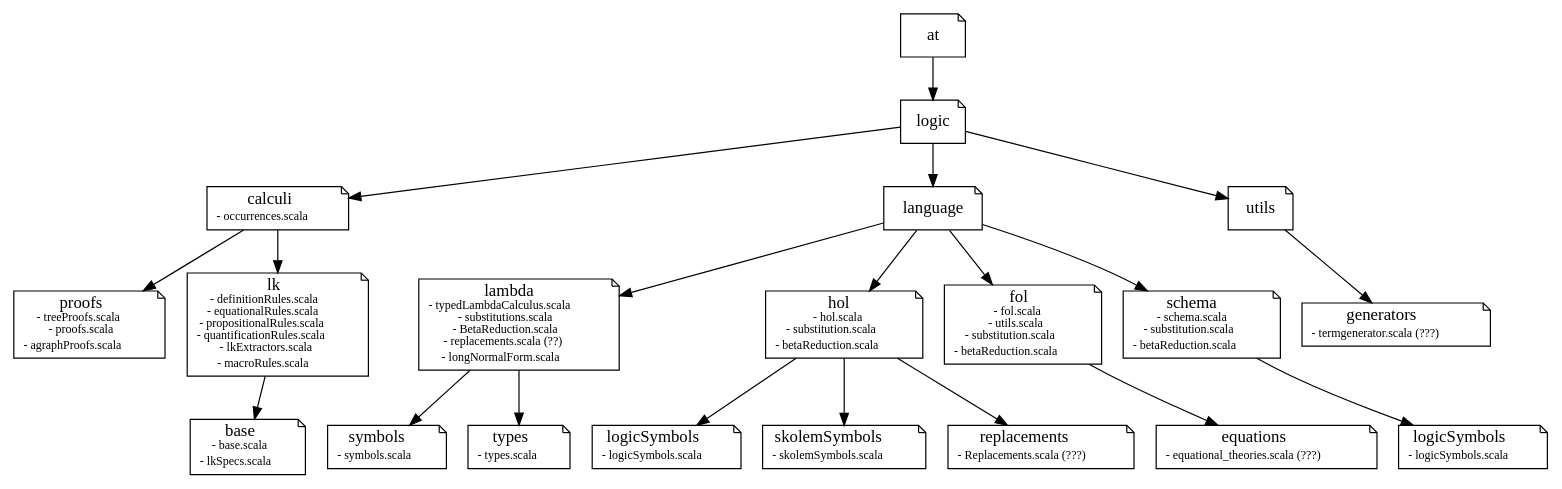
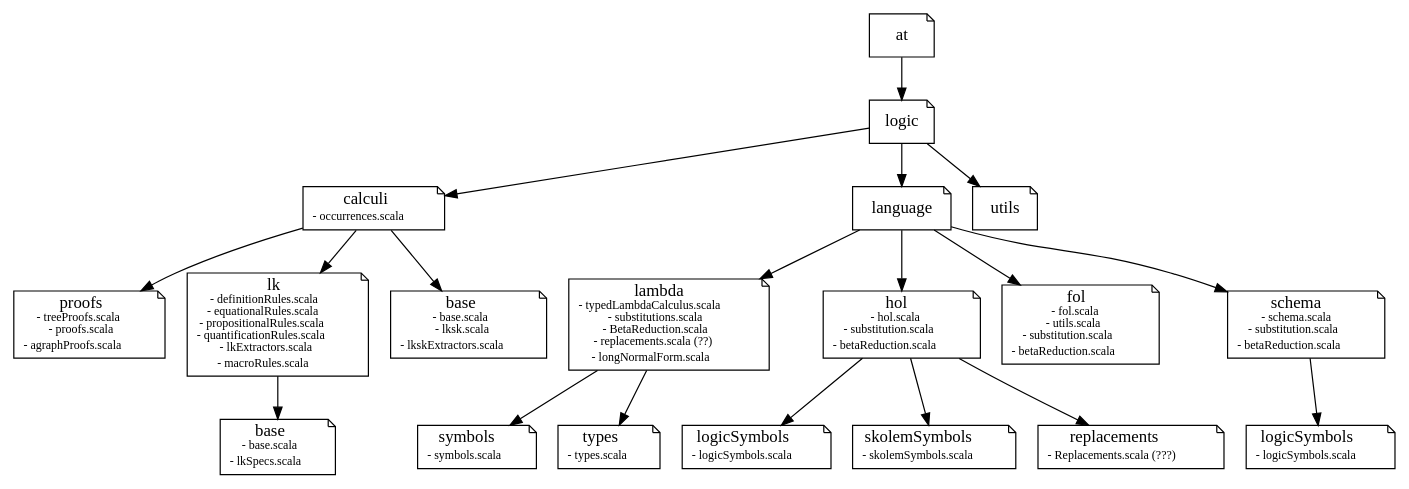
The diagram in doc/packages.gv (mschlaipfer/gapt), drawn with Graphviz before and after one commit. The commit also changed 24 other files, not shown here.

```diff
--- a/doc/packages.gv
+++ b/doc/packages.gv
@@ -1,37 +1,35 @@
 # Command: dot packages.gv -Tpng > packages.png
 
 digraph G {
   node [shape=note];
   lambda [label=< lambda<br/><font point-size="10pt">- typedLambdaCalculus.scala<br/>- substitutions.scala<br/>- BetaReduction.scala<br/>- replacements.scala (??)<br/>- longNormalForm.scala</font> >]
   symbols [label=< symbols<br/><font point-size="10pt">- symbols.scala</font> >]
   types [label=< types<br/><font point-size="10pt">- types.scala</font> >]
   hol [label=< hol<br/><font point-size="10pt">- hol.scala<br/>- substitution.scala<br/>- betaReduction.scala</font> >]
   logicSymbols [label=< logicSymbols<br/><font point-size="10pt">- logicSymbols.scala</font> >]
   skolemSymbols [label=< skolemSymbols<br/><font point-size="10pt">- skolemSymbols.scala</font> >]
   replacements [label=< replacements<br/><font point-size="10pt">- Replacements.scala (???)</font> >]
   fol [label=< fol<br/><font point-size="10pt">- fol.scala<br/>- utils.scala<br/>- substitution.scala<br/>- betaReduction.scala</font> >]
-  equations [label=< equations<br/><font point-size="10pt">- equational_theories.scala (???)</font> >]
   schema [label=< schema<br/><font point-size="10pt">- schema.scala<br/>- substitution.scala<br/>- betaReduction.scala</font> >]
   logicSymbols_schema [label=< logicSymbols<br/><font point-size="10pt">- logicSymbols.scala</font> >]
-  generators [label=< generators<br/><font point-size="10pt">- termgenerator.scala (???)</font> >]
   calculi [label=< calculi<br/><font point-size="10pt">- occurrences.scala</font> >]
   proofs [label=< proofs<br/><font point-size="10pt">- treeProofs.scala<br/>- proofs.scala<br/>- agraphProofs.scala</font> >]
   lk [label=< lk<br/><font point-size="10pt">- definitionRules.scala<br/>- equationalRules.scala<br/>- propositionalRules.scala<br/>- quantificationRules.scala<br/>- lkExtractors.scala<br/>- macroRules.scala</font> >]
   base [label=< base<br/><font point-size="10pt">- base.scala<br/>- lkSpecs.scala</font> >]
+  lksk [label=< base<br/><font point-size="10pt">- base.scala<br/>- lksk.scala<br/>- lkskExtractors.scala</font> >]
   at -> logic -> language -> lambda -> symbols;
   lambda -> types;
   language -> hol;
   hol -> logicSymbols;
   hol -> skolemSymbols;
   hol -> replacements;
   language -> fol;
-  fol -> equations;
   language -> schema;
   schema -> logicSymbols_schema;
   logic -> utils;
-  utils -> generators;
   logic -> calculi;
   calculi -> proofs;
   calculi -> lk;
   lk -> base;
+  calculi -> lksk;
 }
```
